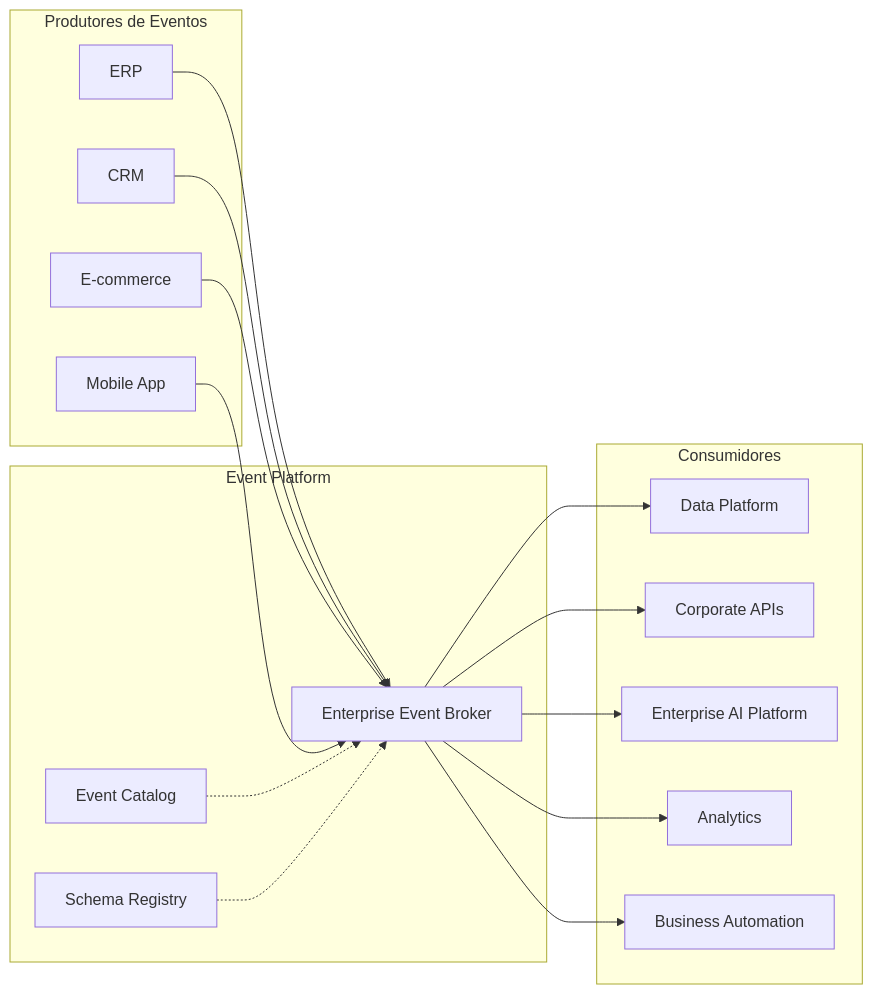
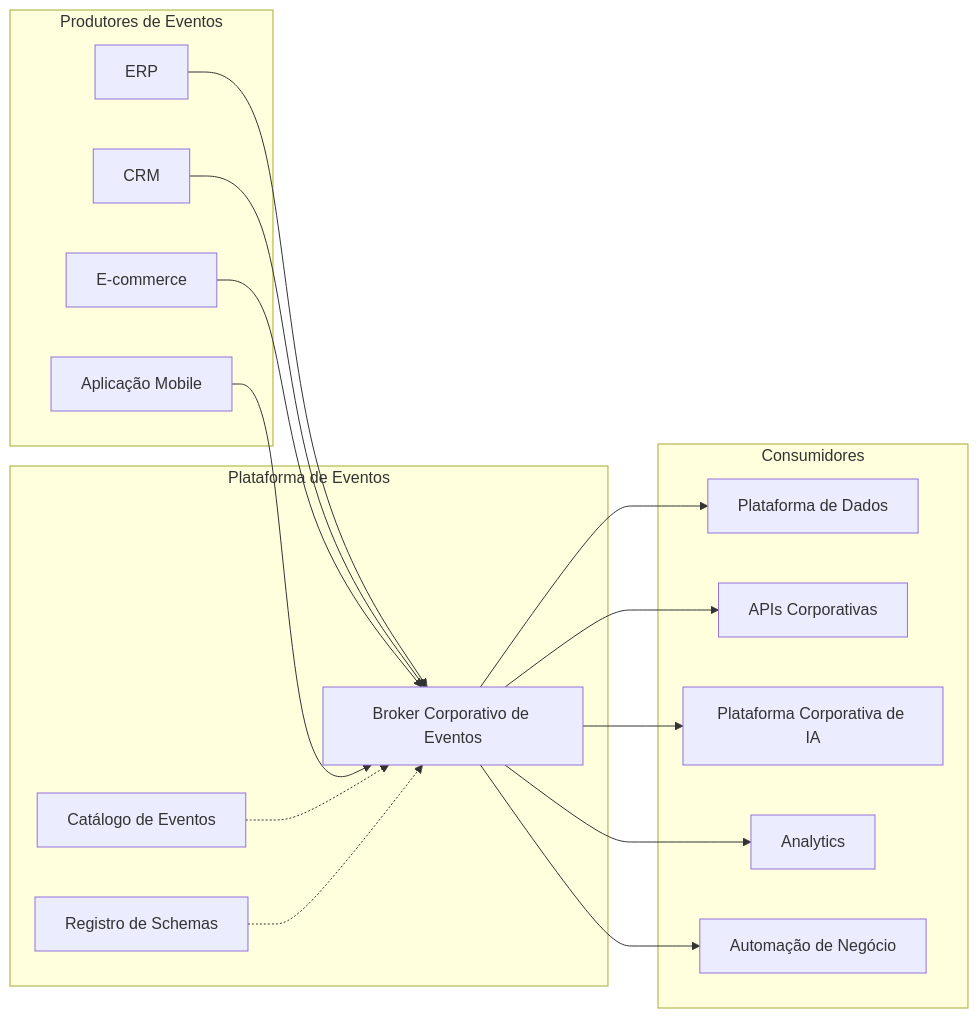
The diagram in programs/02-enterprise-data-ai-platform/application-architecture/event-driven-architecture.md (rogereufrasio/adtech-omnichannel-platform), drawn with Mermaid before and after one commit. The commit also changed other lines of this file and 260 other files, not shown here.

Commit message:
release: finalize Enterprise Architecture Practice v1.0.0

````diff
--- a/programs/02-enterprise-data-ai-platform/application-architecture/event-driven-architecture.md
+++ b/programs/02-enterprise-data-ai-platform/application-architecture/event-driven-architecture.md
@@ -68,48 +68,48 @@
 ```mermaid
 flowchart LR
 
 subgraph Producers["Produtores de Eventos"]
 ERP["ERP"]
 CRM["CRM"]
 ECOM["E-commerce"]
-APP["Mobile App"]
+APP["Aplicação Mobile"]
 end
 
-subgraph Platform["Event Platform"]
+subgraph Platform["Plataforma de Eventos"]
 
-BROKER["Enterprise Event Broker"]
+BROKER["Broker Corporativo de Eventos"]
 
-CATALOG["Event Catalog"]
+CATALOG["Catálogo de Eventos"]
 
-SCHEMA["Schema Registry"]
+SCHEMA["Registro de Schemas"]
 
 end
 
 subgraph Consumers["Consumidores"]
 
-DATA["Data Platform"]
+DATA["Plataforma de Dados"]
 
-API["Corporate APIs"]
+API["APIs Corporativas"]
 
-AI["Enterprise AI Platform"]
+AI["Plataforma Corporativa de IA"]
 
 ANALYTICS["Analytics"]
 
-AUTOMATION["Business Automation"]
+AUTOMATION["Automação de Negócio"]
 
 end
 
 ERP --> BROKER
 CRM --> BROKER
 ECOM --> BROKER
 APP --> BROKER
 
 BROKER --> DATA
 BROKER --> API
 BROKER --> AI
 BROKER --> ANALYTICS
 BROKER --> AUTOMATION
 
 CATALOG -.-> BROKER
 SCHEMA -.-> BROKER
 ```
````
